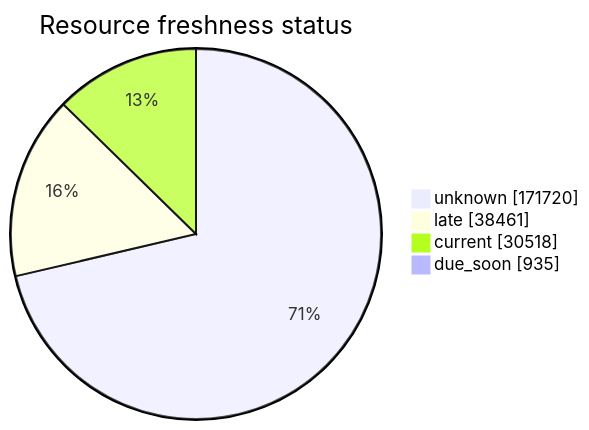
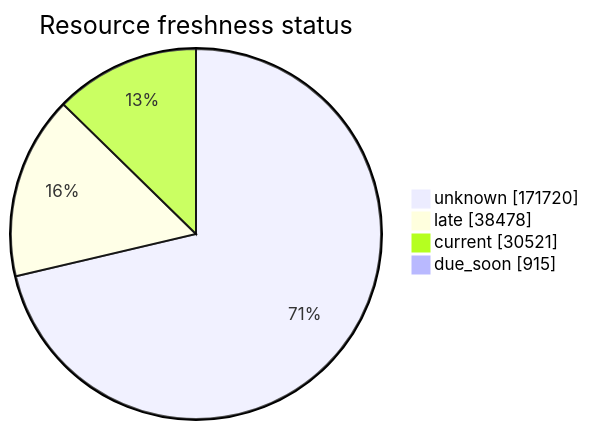
Before and after one commit to open-data/analytics-corporate-reporting: the third of 5 diagrams in FreshCheck/README.md, drawn with Mermaid. The commit also changed other lines of this file and 3 other files, not shown here.

````diff
--- a/FreshCheck/README.md
+++ b/FreshCheck/README.md
@@ -77,7 +77,7 @@
 ```mermaid
 pie showData title Resource freshness status
     "unknown": 171720
-    "late": 38461
-    "current": 30518
-    "due_soon": 935
+    "late": 38478
+    "current": 30521
+    "due_soon": 915
 ```
````
